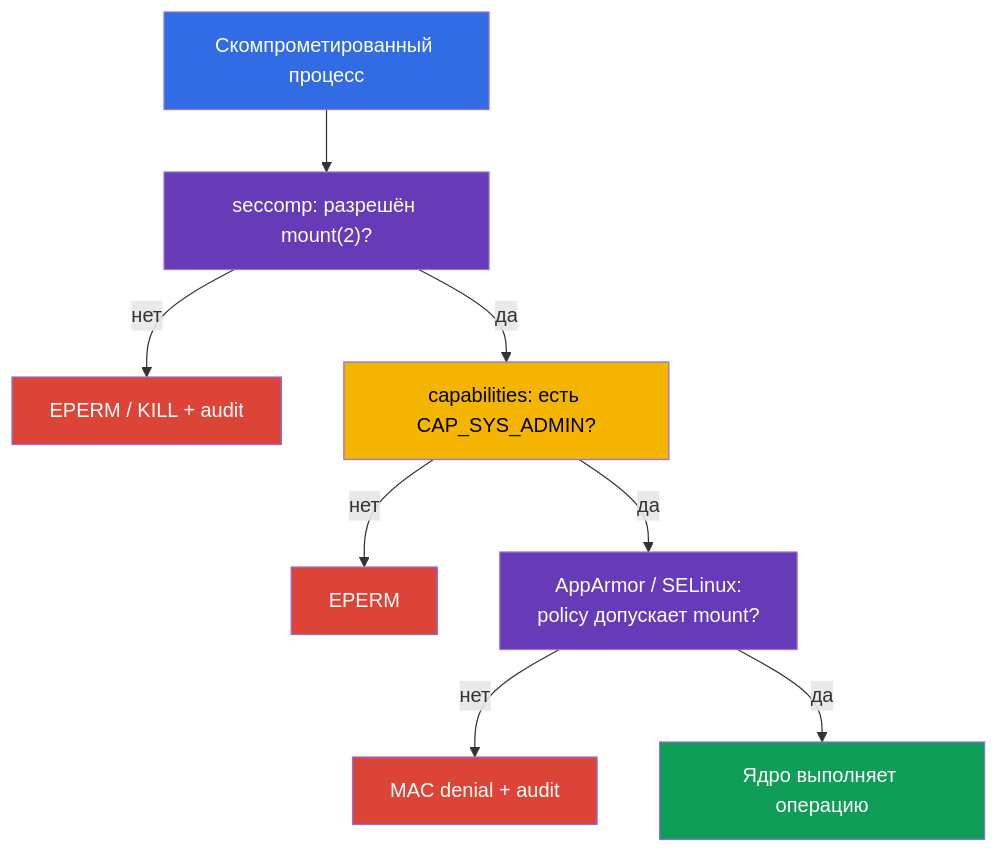
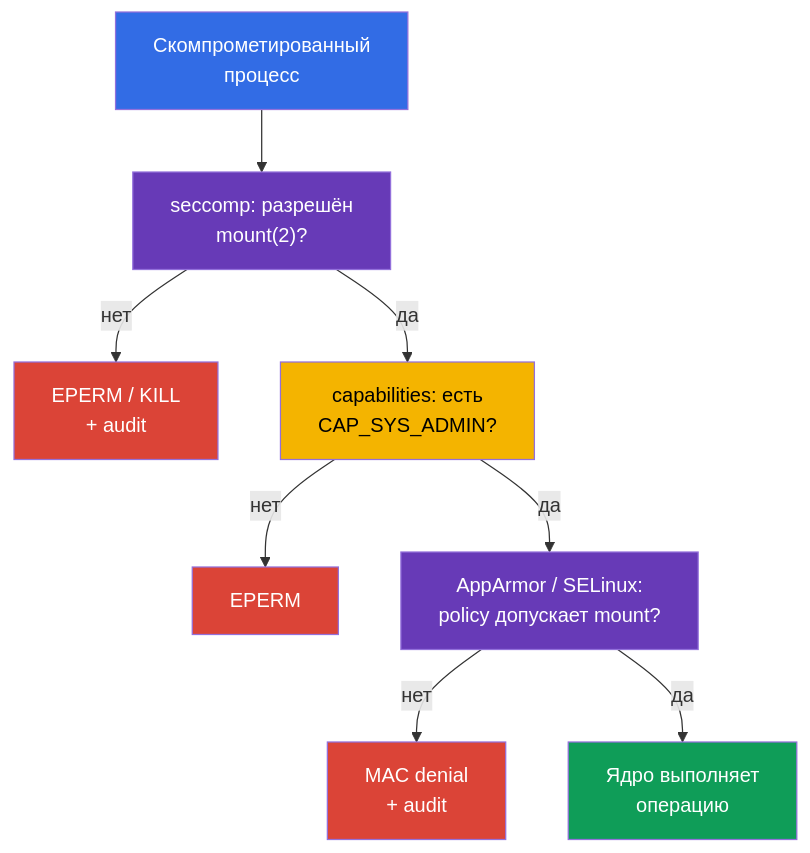
The second of 2 diagrams in tasks/cks/course/17/ru.md (ViktorUJ/cks), drawn with Mermaid before and after one commit. The commit also changed other lines of this file and 7 other files, not shown here.

````diff
--- a/tasks/cks/course/17/ru.md
+++ b/tasks/cks/course/17/ru.md
@@ -612,18 +637,18 @@
 ```mermaid
 flowchart TB
-    app["Скомпрометированный процесс"] --> seccomp["seccomp: разрешён mount(2)?"]
-    seccomp -->|"нет"| denied1["EPERM / KILL + audit"]
-    seccomp -->|"да"| cap["capabilities: есть CAP_SYS_ADMIN?"]
+    app["Скомпрометированный<br/>процесс"] --> seccomp["seccomp: разрешён<br/>mount(2)?"]
+    seccomp -->|"нет"| denied1["EPERM / KILL<br/>+ audit"]
+    seccomp -->|"да"| cap["capabilities: есть<br/>CAP_SYS_ADMIN?"]
     cap -->|"нет"| denied2["EPERM"]
     cap -->|"да"| mac["AppArmor / SELinux:<br/>policy допускает mount?"]
-    mac -->|"нет"| denied3["MAC denial + audit"]
-    mac -->|"да"| kernel["Ядро выполняет операцию"]
+    mac -->|"нет"| denied3["MAC denial<br/>+ audit"]
+    mac -->|"да"| kernel["Ядро выполняет<br/>операцию"]
     style app fill:#326ce5,color:#fff
     style seccomp fill:#673ab7,color:#fff
     style cap fill:#f4b400,color:#000
     style mac fill:#673ab7,color:#fff
     style denied1 fill:#db4437,color:#fff
     style denied2 fill:#db4437,color:#fff
     style denied3 fill:#db4437,color:#fff
     style kernel fill:#0f9d58,color:#fff
 ```
````
